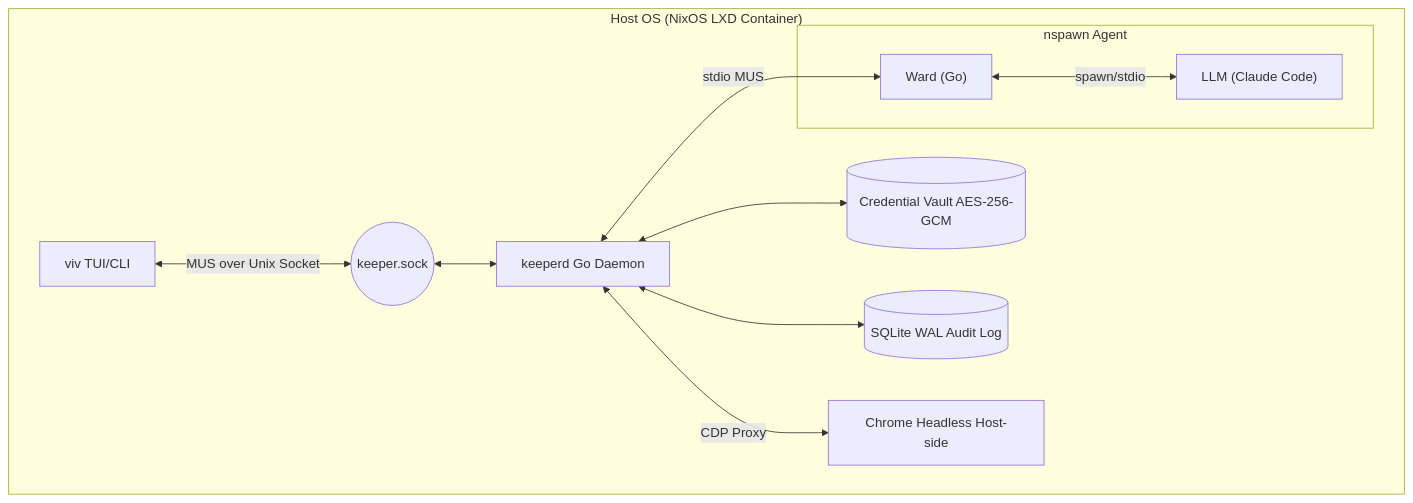
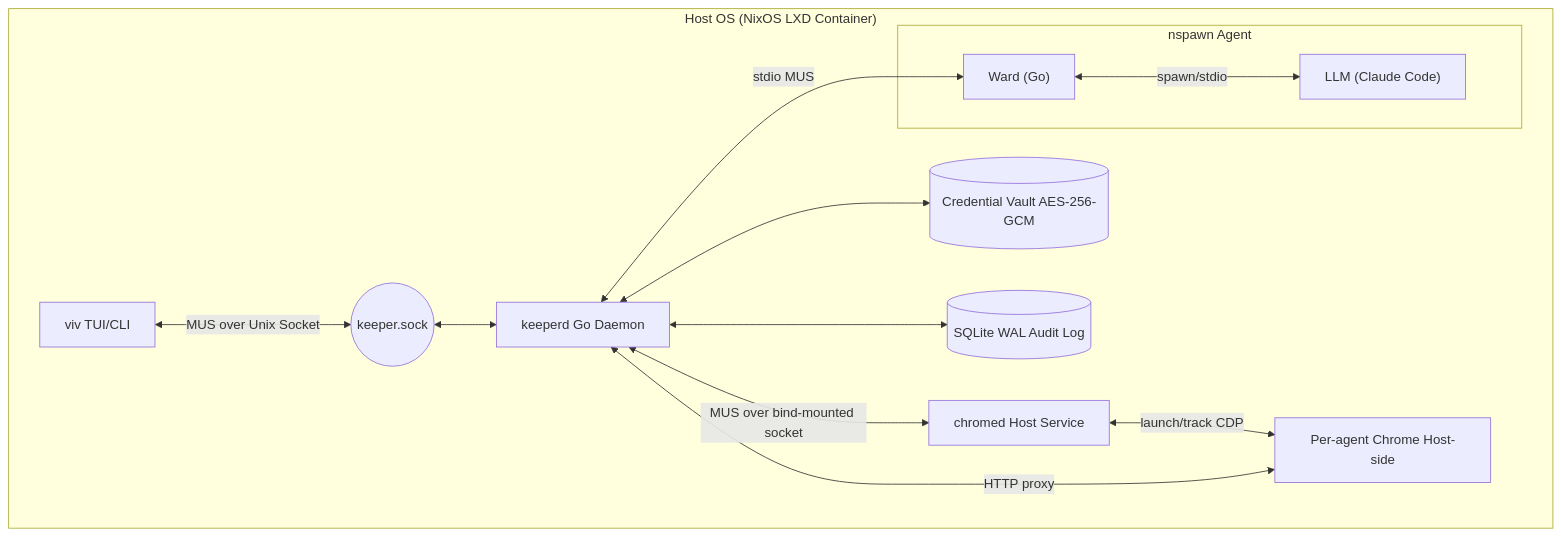
The first of 2 diagrams in docs/DESIGN.md (AgenticWrestling/vivary), drawn with Mermaid before and after one commit. The commit also changed other lines of this file and 1 other file, not shown here.

Commit message:
Document chromed browser lifecycle

````diff
--- a/docs/DESIGN.md
+++ b/docs/DESIGN.md
@@ -7,24 +7,27 @@
 ```mermaid
 flowchart TD
     subgraph "Host OS (NixOS LXD Container)"
         TUI[viv TUI/CLI]
         SOCK((keeper.sock))
         DAEMON[keeperd Go Daemon]
-        CHROME[Chrome Headless Host-side]
+        CHROMED[chromed Host Service]
+        CHROME[Per-agent Chrome Host-side]
         VAULT[(Credential Vault AES-256-GCM)]
         LOGS[(SQLite WAL Audit Log)]
 
         TUI <-->|MUS over Unix Socket| SOCK
         SOCK <--> DAEMON
         DAEMON <--> VAULT
         DAEMON <--> LOGS
-        DAEMON <-->|CDP Proxy| CHROME
+        DAEMON <-->|MUS over bind-mounted socket| CHROMED
+        CHROMED <-->|launch/track CDP| CHROME
+        CHROME <-->|HTTP proxy| DAEMON
 
         subgraph "nspawn Agent"
             WA["Ward (Go)"]
             LA["LLM (Claude Code)"]
             WA <-->|spawn/stdio| LA
         end
         DAEMON <-->|stdio MUS| WA
     end
 ```
````
